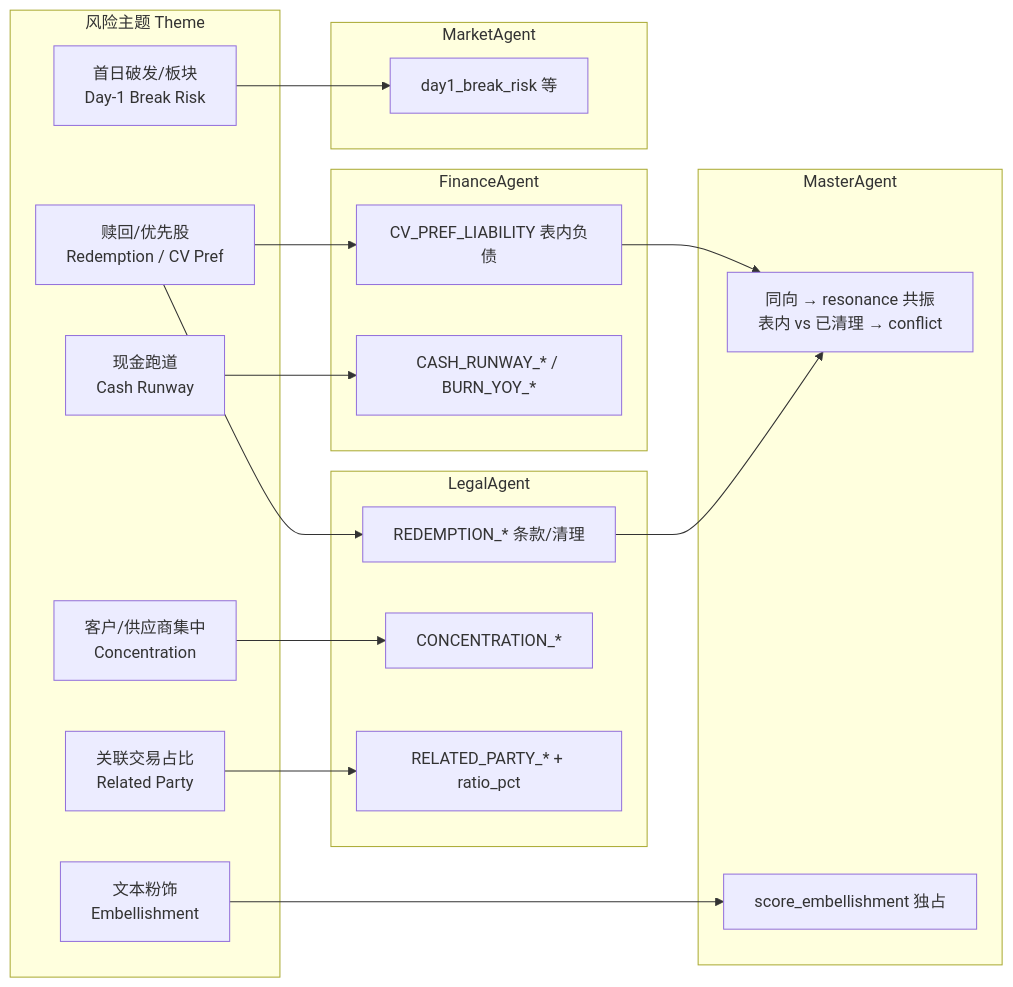
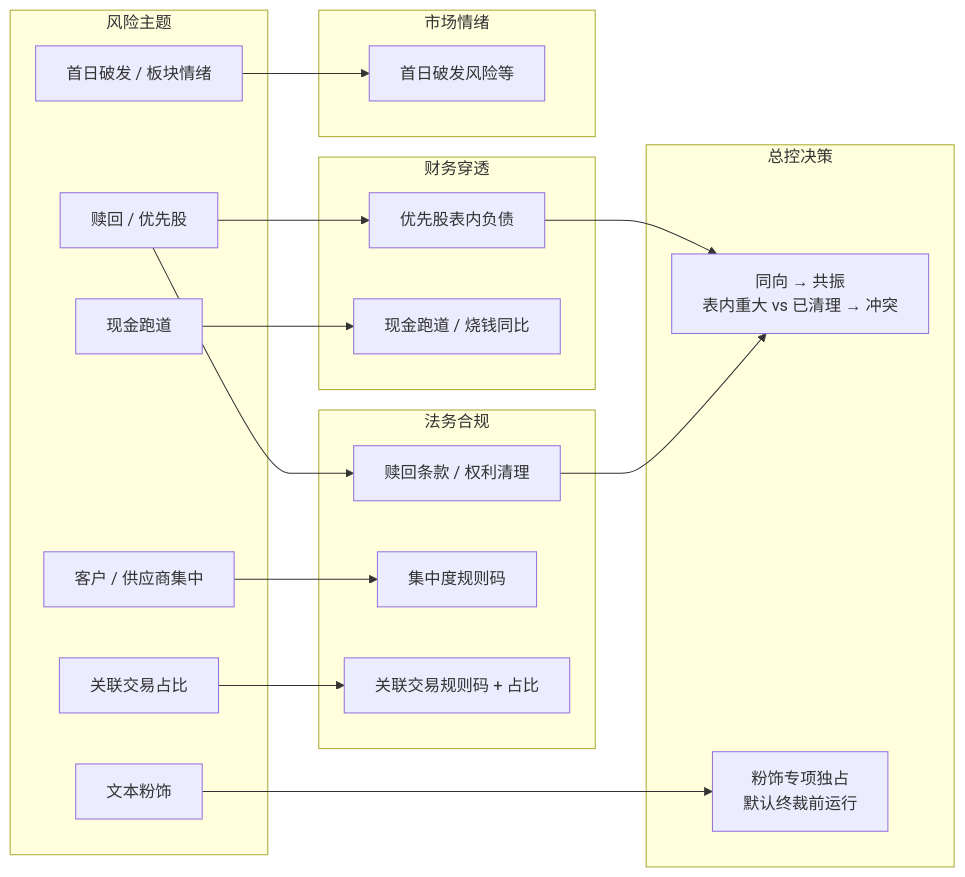
Before and after one commit to uianian/IPOI: the eighth of 8 diagrams in agents/hk_ipo_risk/docs/multi_agent_architecture_diagrams.md, drawn with Mermaid. The commit also changed other lines of this file, not shown here.

First line of the commit message:
docs: 中文化多智能体架构图并补充字段口径对照表

````diff
--- a/agents/hk_ipo_risk/docs/multi_agent_architecture_diagrams.md
+++ b/agents/hk_ipo_risk/docs/multi_agent_architecture_diagrams.md
@@ -418,38 +518,38 @@
 ```mermaid
 flowchart LR
-    subgraph THEME["风险主题 Theme"]
-        T1["赎回/优先股<br/>Redemption / CV Pref"]
-        T2["现金跑道<br/>Cash Runway"]
-        T3["客户/供应商集中<br/>Concentration"]
-        T4["关联交易占比<br/>Related Party"]
-        T5["首日破发/板块<br/>Day-1 Break Risk"]
-        T6["文本粉饰<br/>Embellishment"]
+    subgraph THEME["风险主题"]
+        T1["赎回 / 优先股"]
+        T2["现金跑道"]
+        T3["客户 / 供应商集中"]
+        T4["关联交易占比"]
+        T5["首日破发 / 板块情绪"]
+        T6["文本粉饰"]
     end
 
-    subgraph FIN["FinanceAgent"]
-        F_T1["CV_PREF_LIABILITY 表内负债"]
-        F_T2["CASH_RUNWAY_* / BURN_YOY_*"]
+    subgraph FIN["财务穿透"]
+        F_T1["优先股表内负债"]
+        F_T2["现金跑道 / 烧钱同比"]
     end
 
-    subgraph LEG["LegalAgent"]
-        L_T1["REDEMPTION_* 条款/清理"]
-        L_T3["CONCENTRATION_*"]
-        L_T4["RELATED_PARTY_* + ratio_pct"]
+    subgraph LEG["法务合规"]
+        L_T1["赎回条款 / 权利清理"]
+        L_T3["集中度规则码"]
+        L_T4["关联交易规则码 + 占比"]
     end
 
-    subgraph MKT["MarketAgent"]
-        M_T5["day1_break_risk 等"]
+    subgraph MKT["市场情绪"]
+        M_T5["首日破发风险等"]
     end
 
-    subgraph MST["MasterAgent"]
-        MS_T1["同向 → resonance 共振<br/>表内 vs 已清理 → conflict"]
-        MS_T6["score_embellishment 独占"]
+    subgraph MST["总控决策"]
+        MS_T1["同向 → 共振<br/>表内重大 vs 已清理 → 冲突"]
+        MS_T6["粉饰专项独占<br/>默认终裁前运行"]
     end
 
     T1 --> F_T1 & L_T1 --> MS_T1
     T2 --> F_T2
     T3 --> L_T3
     T4 --> L_T4
     T5 --> M_T5
     T6 --> MS_T6
 ```
````
